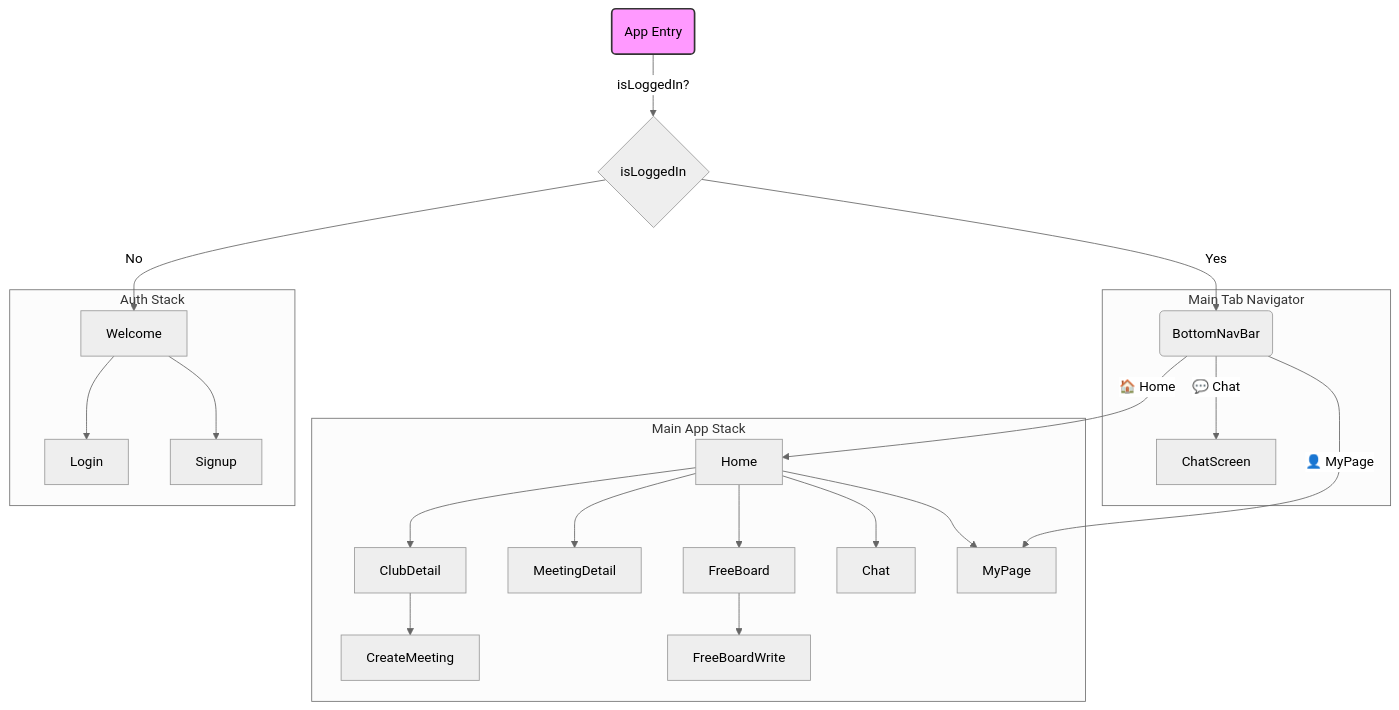
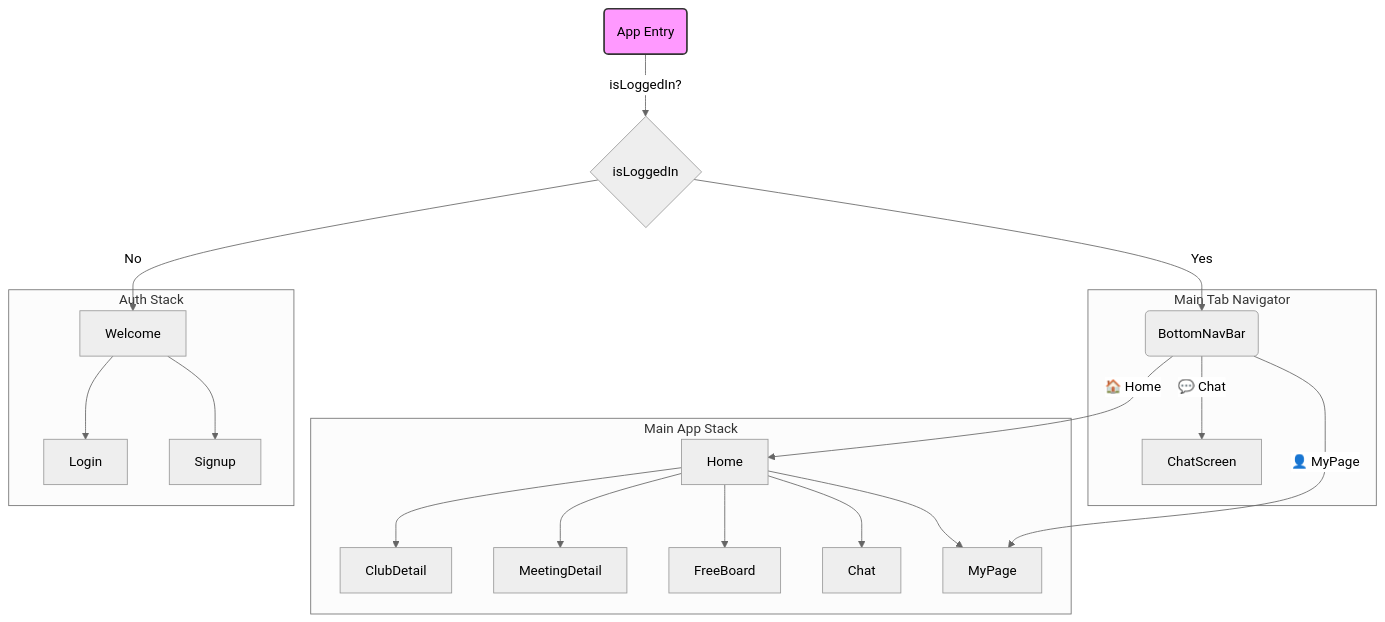
One commit to wjdgkr3386/neighbusapp changed the diagram in README.md. Above: the diagram before and after it, drawn with Mermaid (neutral theme). The commit also changed other lines of this file, not shown here.

````diff
--- a/README.md
+++ b/README.md
@@ -236,31 +156,27 @@
 ```mermaid
 graph TD
     subgraph "Auth Stack"
-        Welcome --> Login
-        Welcome --> Signup
+        Welcome --> Login & Signup
     end
 
     subgraph "Main App Stack"
         Home --> ClubDetail
         Home --> MeetingDetail
         Home --> FreeBoard
         Home --> Chat
         Home --> MyPage
-        
-        ClubDetail --> CreateMeeting
-        FreeBoard --> FreeBoardWrite
     end
 
     Start(App Entry) --> |isLoggedIn?| AuthStack{isLoggedIn}
     AuthStack -- No --> Welcome
     AuthStack -- Yes --> MainTab
 
     subgraph "Main Tab Navigator"
         MainTab(BottomNavBar)
         MainTab -- 🏠 Home --> Home
         MainTab -- 💬 Chat --> ChatScreen
         MainTab -- 👤 MyPage --> MyPage
     end
     
     style Start fill:#f9f,stroke:#333,stroke-width:2px
 ```
````
